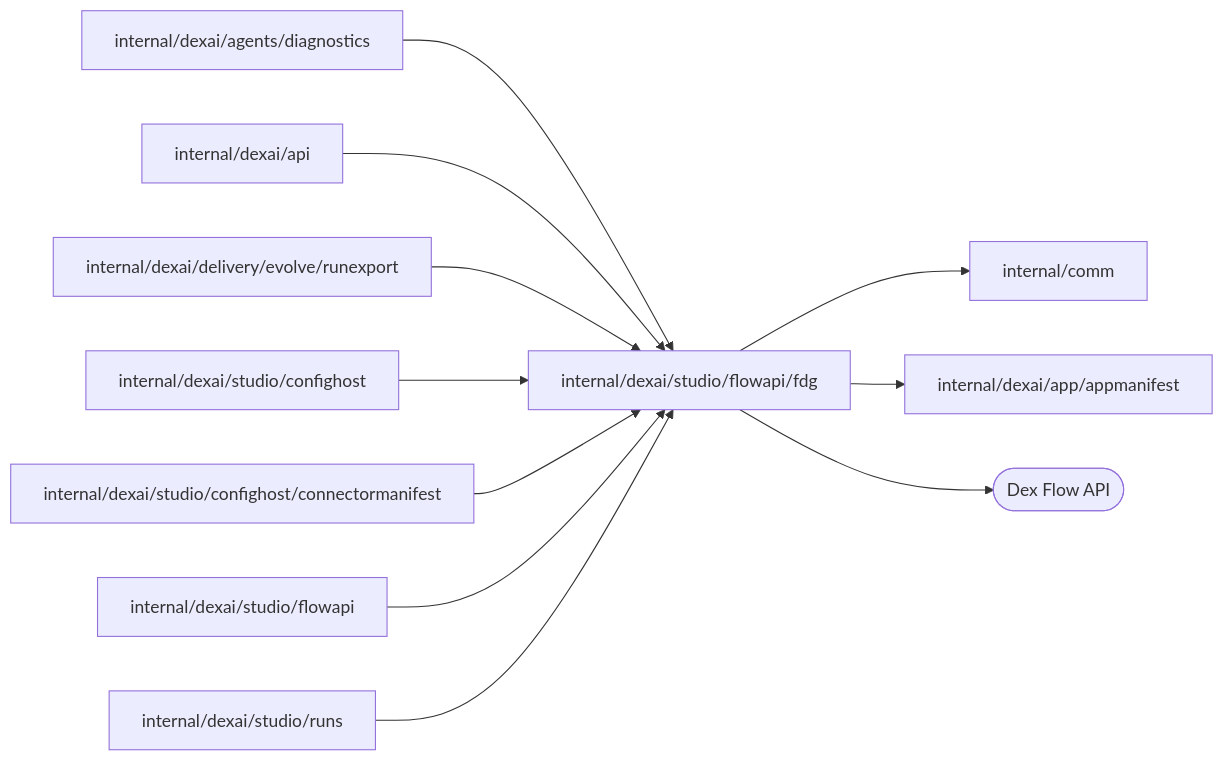
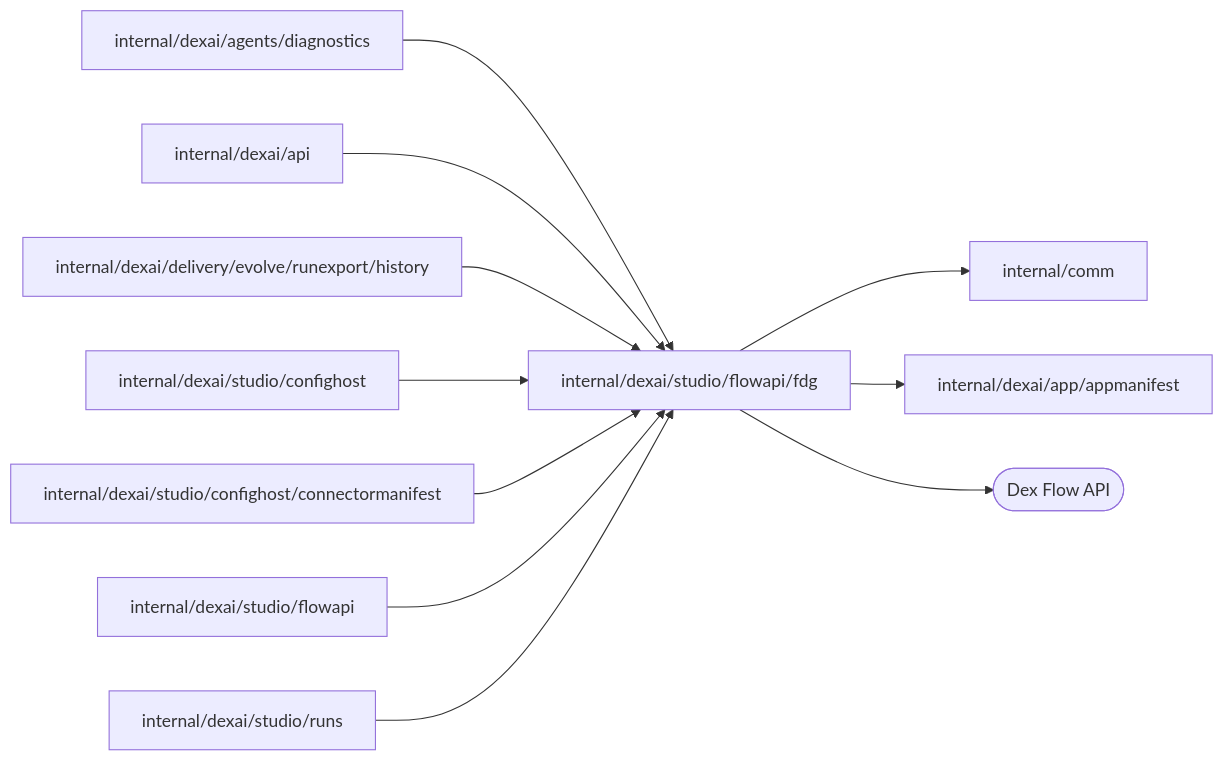
One commit to superdurable/superverse changed the diagram in internal/dexai/studio/flowapi/fdg/README.md. Above: the diagram before and after it, drawn with Mermaid. The commit also changed other lines of this file and 226 other files, not shown here.

````diff
--- a/internal/dexai/studio/flowapi/fdg/README.md
+++ b/internal/dexai/studio/flowapi/fdg/README.md
@@ -10,14 +10,14 @@
 ```mermaid
 flowchart LR
   self["internal/dexai/studio/flowapi/fdg"]
   c0["internal/dexai/agents/diagnostics"] --> self
   c1["internal/dexai/api"] --> self
-  c2["internal/dexai/delivery/evolve/runexport"] --> self
+  c2["internal/dexai/delivery/evolve/runexport/history"] --> self
   c3["internal/dexai/studio/confighost"] --> self
   c4["internal/dexai/studio/confighost/connectormanifest"] --> self
   c5["internal/dexai/studio/flowapi"] --> self
   c6["internal/dexai/studio/runs"] --> self
   self --> d0["internal/comm"]
   self --> d1["internal/dexai/app/appmanifest"]
   self --> e0(["Dex Flow API"])
 ```
````
